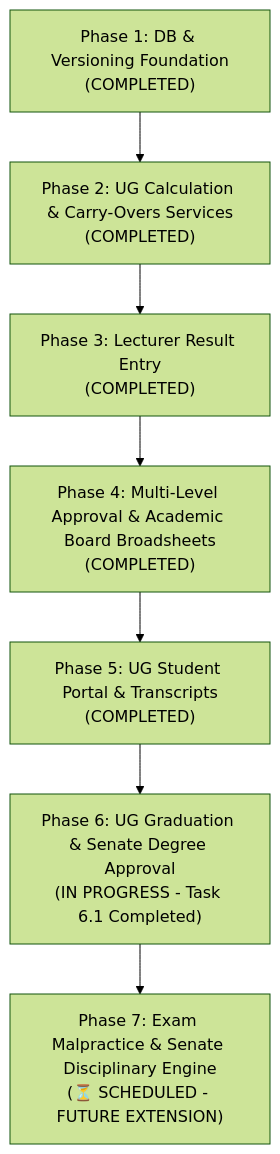
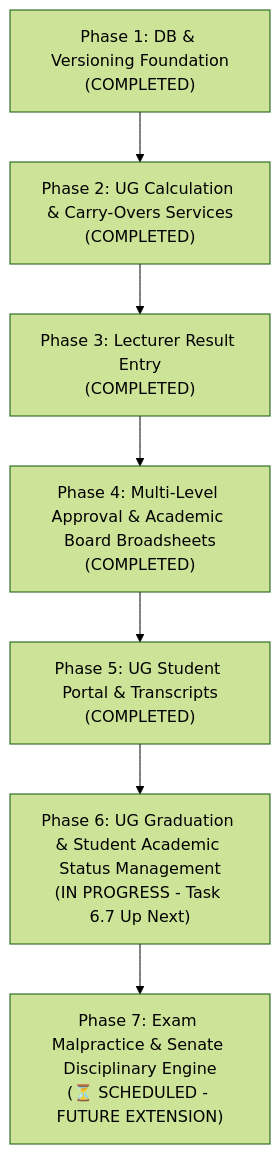
Before and after one commit to bashyauri/admission: the diagram in result_processing_agent_phases.md, drawn with Mermaid (forest theme). The commit also changed other lines of this file and 8 other files, not shown here.

````diff
--- a/result_processing_agent_phases.md
+++ b/result_processing_agent_phases.md
@@ -25,9 +25,9 @@
 ```mermaid
 graph TD
     P1["Phase 1: DB & Versioning Foundation<br/>(COMPLETED)"] --> P2["Phase 2: UG Calculation & Carry-Overs Services<br/>(COMPLETED)"]
     P2 --> P3["Phase 3: Lecturer Result Entry<br/>(COMPLETED)"]
     P3 --> P4["Phase 4: Multi-Level Approval & Academic Board Broadsheets<br/>(COMPLETED)"]
     P4 --> P5["Phase 5: UG Student Portal & Transcripts<br/>(COMPLETED)"]
-    P5 --> P6["Phase 6: UG Graduation & Senate Degree Approval<br/>(IN PROGRESS - Task 6.1 Completed)"]
+    P5 --> P6["Phase 6: UG Graduation & Student Academic Status Management<br/>(IN PROGRESS - Task 6.7 Up Next)"]
     P6 --> P7["Phase 7: Exam Malpractice & Senate Disciplinary Engine<br/>(⏳ SCHEDULED - FUTURE EXTENSION)"]
 ```
````
